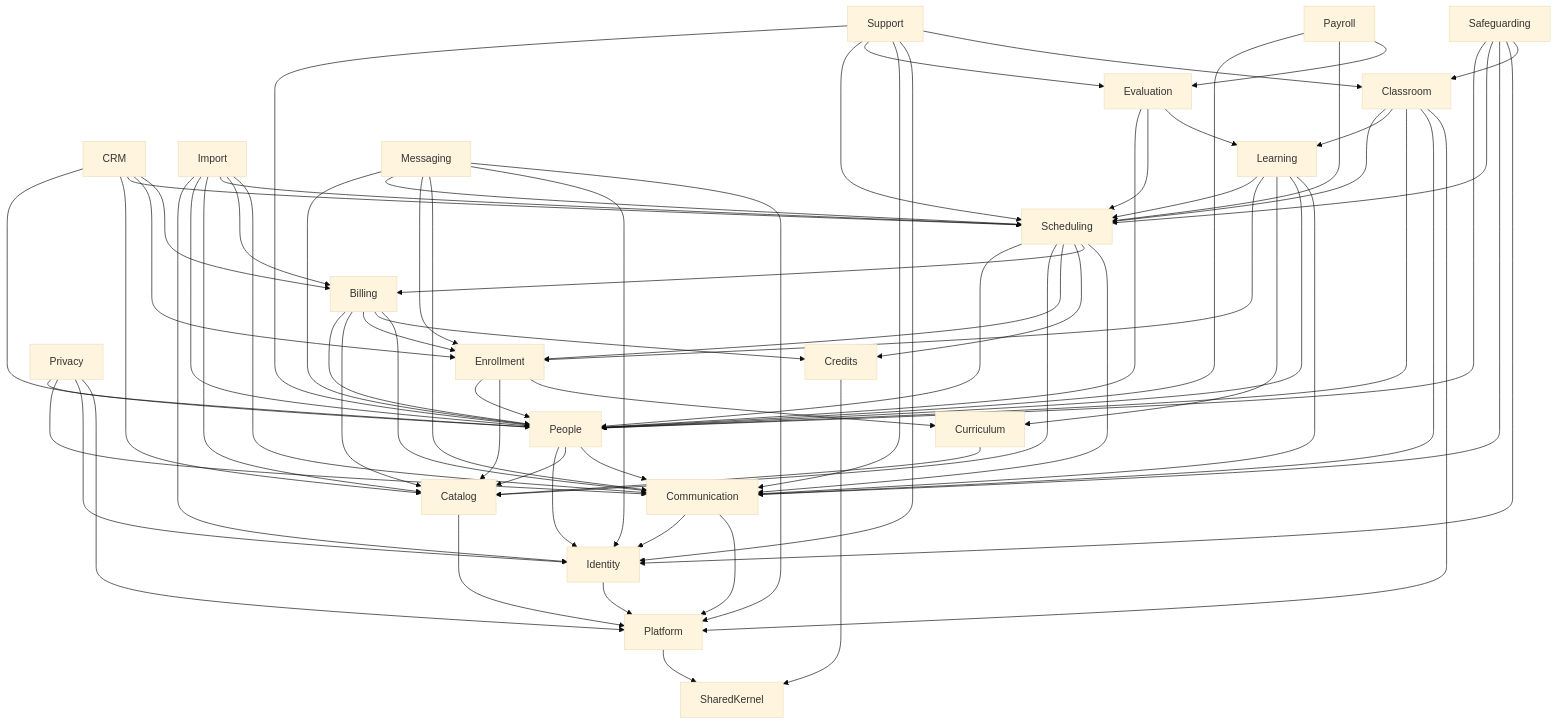
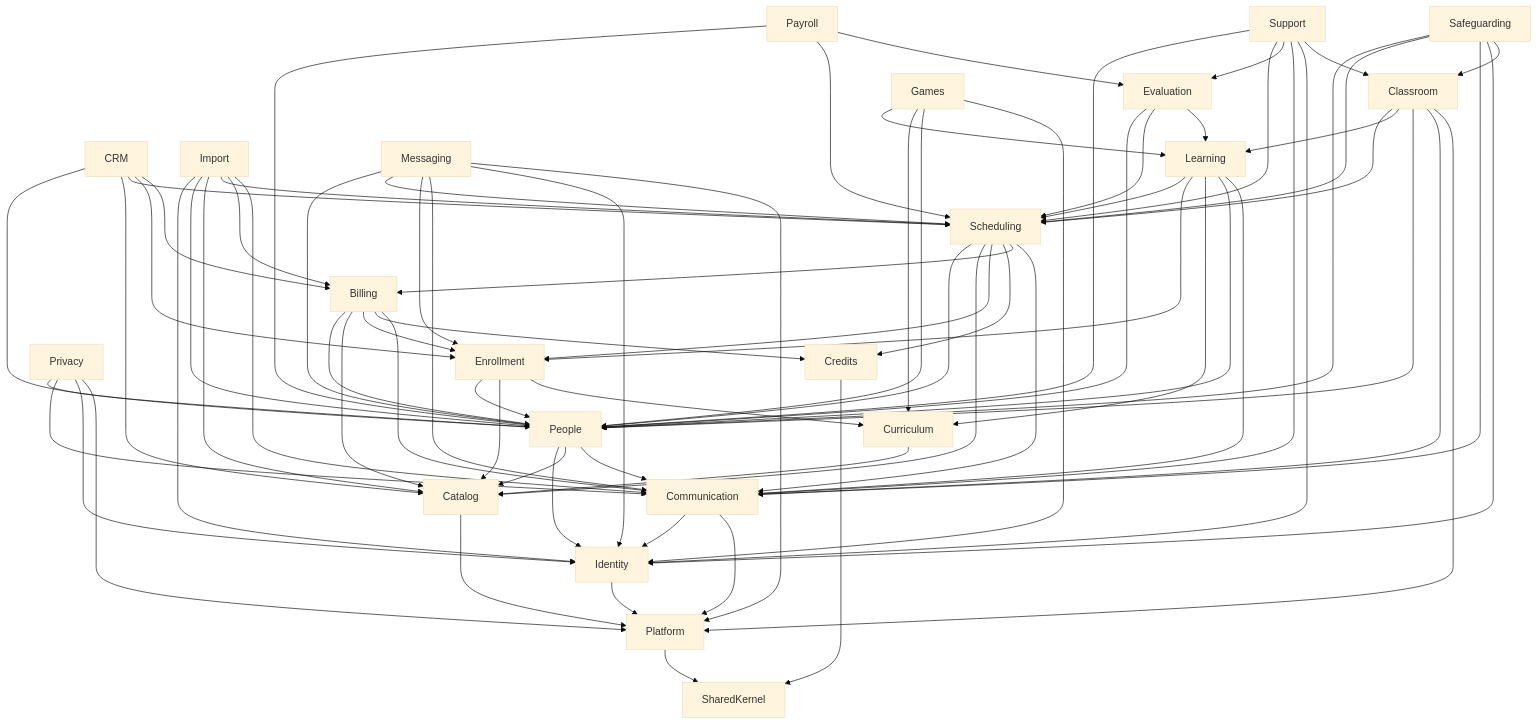
Before and after one commit to Mahmoud-Elgonidi/academy-lms: the diagram in docs/architecture/04-design-patterns.md, drawn with Mermaid (base theme). The commit also changed other lines of this file and 159 other files, not shown here.

First line of the commit message:
Games: an islands world tied to the curriculum, and a studio where Claude designs new games

````diff
--- a/docs/architecture/04-design-patterns.md
+++ b/docs/architecture/04-design-patterns.md
@@ -52,23 +53,24 @@
 ```mermaid
 flowchart TD
     CRM --> People & Catalog & Scheduling & Enrollment & Billing
     Import --> Identity & People & Catalog & Scheduling & Billing & Communication
     Payroll --> People & Scheduling & Evaluation
     Evaluation --> People & Scheduling & Learning
     Support --> People & Scheduling & Evaluation & Communication & Identity & Classroom
     Privacy --> People & Communication & Identity & Platform
     Safeguarding --> People & Scheduling & Communication & Identity & Classroom
     Messaging --> People & Scheduling & Enrollment & Communication & Identity & Platform
+    Games --> Learning & Curriculum & People & Identity
     Learning --> Scheduling & Enrollment & Curriculum & People & Communication
     Billing --> People & Catalog & Enrollment & Credits & Communication
     Classroom --> Scheduling & Learning & People & Communication & Platform
     Scheduling --> People & Catalog & Enrollment & Credits & Billing & Communication
     Enrollment --> People & Catalog & Curriculum
     Curriculum --> Catalog
     People --> Identity & Catalog & Communication
     Communication --> Identity & Platform
     Identity --> Platform
     Catalog --> Platform
     Credits --> SharedKernel
     Platform --> SharedKernel
 ```
````
